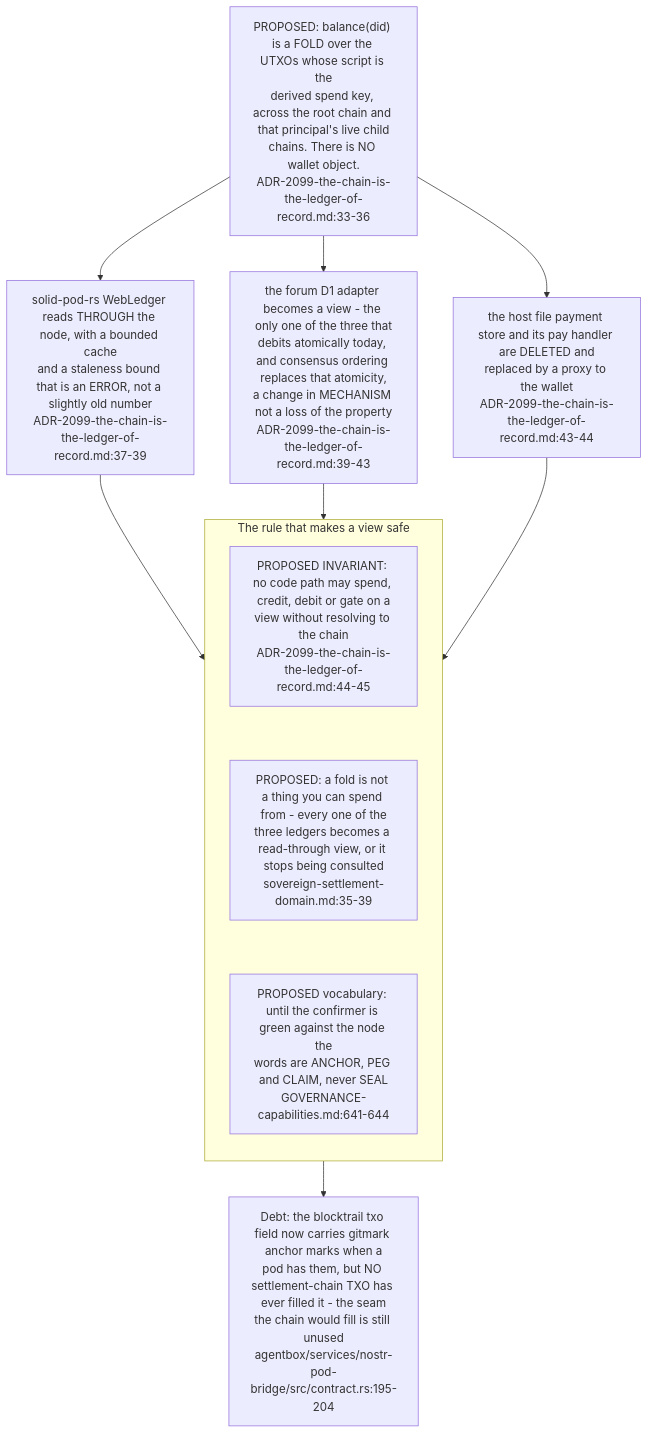
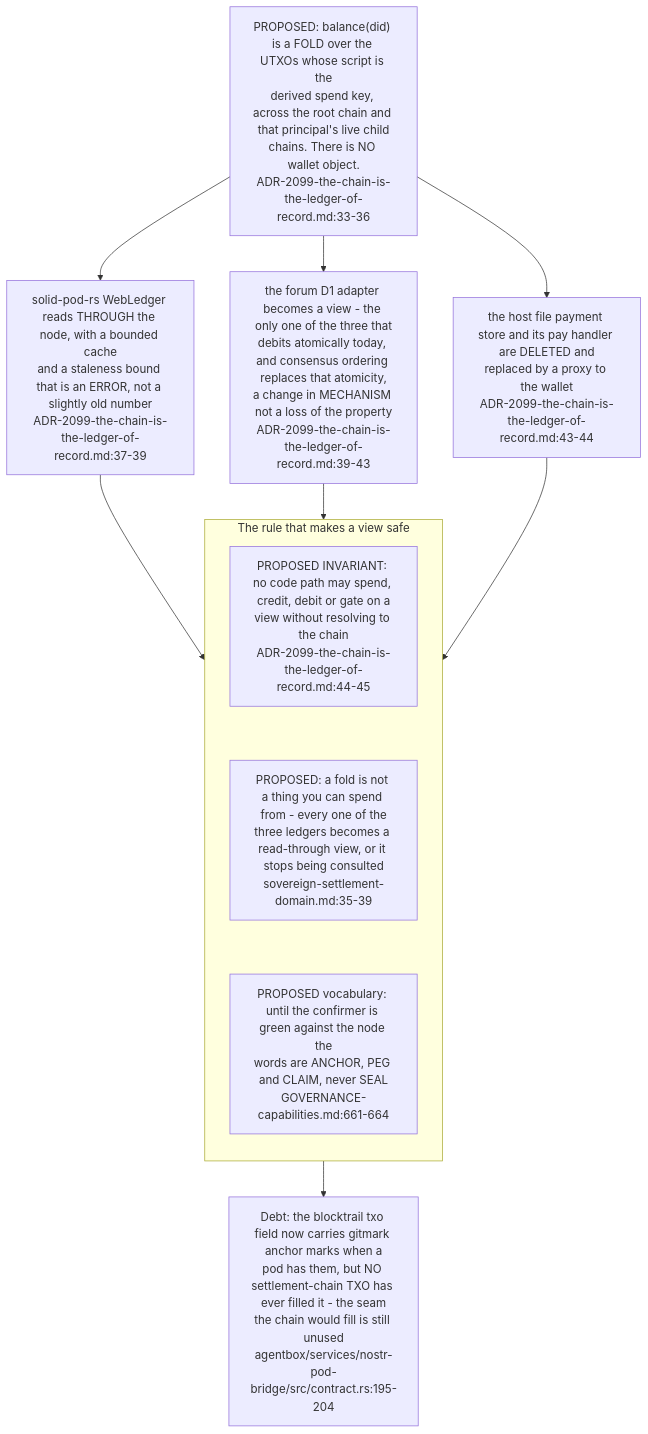
One commit to DreamLab-AI/VisionFlow changed the fourth of 7 diagrams in docs/diagrams/agentbox/31-sovereign-settlement.md. Above: the diagram before and after it, drawn with Mermaid. The commit also changed other lines of this file and 173 other files, not shown here.

````diff
--- a/docs/diagrams/agentbox/31-sovereign-settlement.md
+++ b/docs/diagrams/agentbox/31-sovereign-settlement.md
@@ -168,18 +169,18 @@
 ```mermaid
 flowchart TB
     FOLD["PROPOSED: balance(did) is a FOLD over the UTXOs whose script is the<br/>derived spend key, across the root chain and that principal's live child<br/>chains. There is NO wallet object.<br/>ADR-2099-the-chain-is-the-ledger-of-record.md:33-36"]
     FOLD --> V1["solid-pod-rs WebLedger reads THROUGH the node, with a bounded cache<br/>and a staleness bound that is an ERROR, not a slightly old number<br/>ADR-2099-the-chain-is-the-ledger-of-record.md:37-39"]
     FOLD --> V2["the forum D1 adapter becomes a view - the only one of the three that<br/>debits atomically today, and consensus ordering replaces that atomicity,<br/>a change in MECHANISM not a loss of the property<br/>ADR-2099-the-chain-is-the-ledger-of-record.md:39-43"]
     FOLD --> V3["the host file payment store and its pay handler are DELETED and<br/>replaced by a proxy to the wallet<br/>ADR-2099-the-chain-is-the-ledger-of-record.md:43-44"]
     subgraph rule["The rule that makes a view safe"]
         direction TB
         R1["PROPOSED INVARIANT: no code path may spend, credit, debit or gate on a<br/>view without resolving to the chain<br/>ADR-2099-the-chain-is-the-ledger-of-record.md:44-45"]
         R2["PROPOSED: a fold is not a thing you can spend from - every one of the<br/>three ledgers becomes a read-through view, or it stops being consulted<br/>sovereign-settlement-domain.md:35-39"]
-        R3["PROPOSED vocabulary: until the confirmer is green against the node the<br/>words are ANCHOR, PEG and CLAIM, never SEAL<br/>GOVERNANCE-capabilities.md:641-644"]
+        R3["PROPOSED vocabulary: until the confirmer is green against the node the<br/>words are ANCHOR, PEG and CLAIM, never SEAL<br/>GOVERNANCE-capabilities.md:661-664"]
         R1 ~~~ R2 ~~~ R3
     end
     V1 --> rule
     V2 --> rule
     V3 --> rule
     rule --> DEBT["Debt: the blocktrail txo field now carries gitmark anchor marks when a<br/>pod has them, but NO settlement-chain TXO has ever filled it - the seam<br/>the chain would fill is still unused<br/>agentbox/services/nostr-pod-bridge/src/contract.rs:195-204"]
 ```
````
